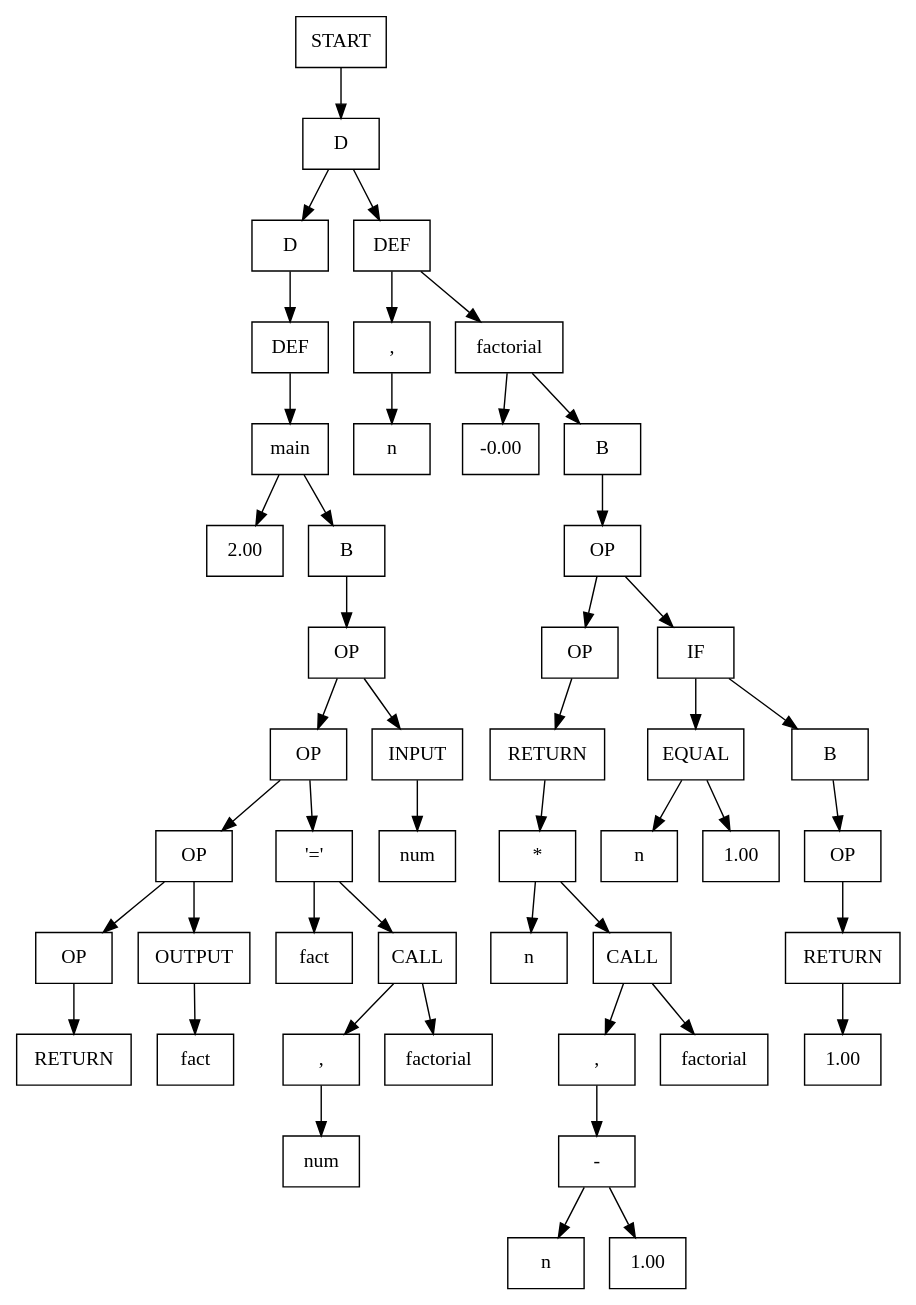
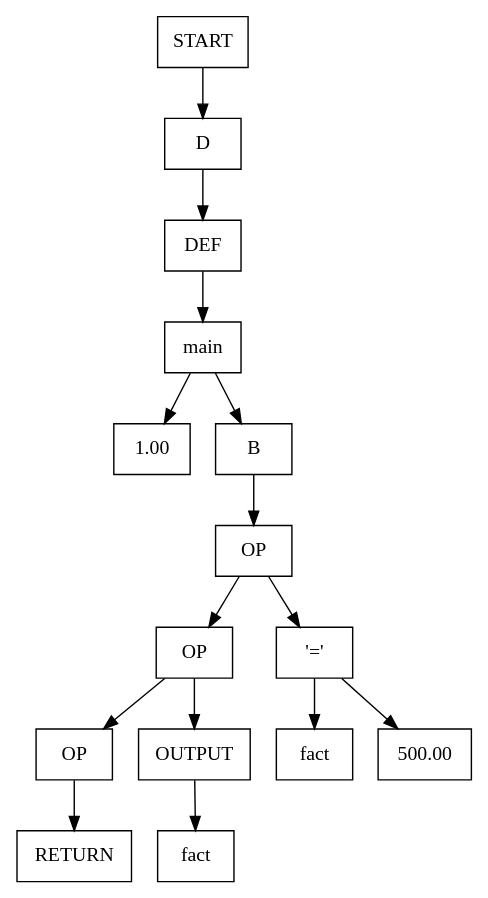
Before and after one commit to AnastasMIPT/Language: the diagram in resources/output.dot, drawn with Graphviz. The commit also changed 5 other files, not shown here.

```diff
--- a/resources/output.dot
+++ b/resources/output.dot
@@ -1,95 +1,31 @@
 digraph {
-node0x55b2674fdc50 [label="START", shape=box];
-node0x55b2674ff3a0 [label="D", shape=box];
-node0x55b2674fdc50 -> node0x55b2674ff3a0
-node0x55b2674ff8a0 [label="D", shape=box];
-node0x55b2674fdcc0 [label="DEF", shape=box];
-node0x55b2674ff3a0 -> node0x55b2674ff8a0
-node0x55b2674ff3a0 -> node0x55b2674fdcc0
-node0x55b2674ff410 [label=",", shape=box];
-node0x55b2674fdd30 [label="factorial", shape=box];
-node0x55b2674fdcc0 -> node0x55b2674ff410
-node0x55b2674fdcc0 -> node0x55b2674fdd30
-node0x55b2674ff870 [label="-0.00", shape=box];
-node0x55b2674ff480 [label="B", shape=box];
-node0x55b2674fdd30 -> node0x55b2674ff870
-node0x55b2674fdd30 -> node0x55b2674ff480
-node0x55b2674ff4f0 [label="OP", shape=box];
-node0x55b2674ff480 -> node0x55b2674ff4f0
-node0x55b2674ff640 [label="OP", shape=box];
-node0x55b2674fdfd0 [label="IF", shape=box];
-node0x55b2674ff4f0 -> node0x55b2674ff640
-node0x55b2674ff4f0 -> node0x55b2674fdfd0
-node0x55b2674fe120 [label="EQUAL", shape=box];
-node0x55b2674ff560 [label="B", shape=box];
-node0x55b2674fdfd0 -> node0x55b2674fe120
-node0x55b2674fdfd0 -> node0x55b2674ff560
-node0x55b2674ff5d0 [label="OP", shape=box];
-node0x55b2674ff560 -> node0x55b2674ff5d0
-node0x55b2674fe2a0 [label="RETURN", shape=box];
-node0x55b2674ff5d0 -> node0x55b2674fe2a0
-node0x55b2674fe310 [label="1.00", shape=box];
-node0x55b2674fe2a0 -> node0x55b2674fe310
-node0x55b2674fe0b0 [label="n", shape=box];
-node0x55b2674fe190 [label="1.00", shape=box];
-node0x55b2674fe120 -> node0x55b2674fe0b0
-node0x55b2674fe120 -> node0x55b2674fe190
-node0x55b2674fe420 [label="RETURN", shape=box];
-node0x55b2674ff640 -> node0x55b2674fe420
-node0x55b2674ff800 [label="*", shape=box];
-node0x55b2674fe420 -> node0x55b2674ff800
-node0x55b2674fe490 [label="n", shape=box];
-node0x55b2674ff6b0 [label="CALL", shape=box];
-node0x55b2674ff800 -> node0x55b2674fe490
-node0x55b2674ff800 -> node0x55b2674ff6b0
-node0x55b2674ff790 [label=",", shape=box];
-node0x55b2674fe570 [label="factorial", shape=box];
-node0x55b2674ff6b0 -> node0x55b2674ff790
-node0x55b2674ff6b0 -> node0x55b2674fe570
-node0x55b2674ff720 [label="-", shape=box];
-node0x55b2674ff790 -> node0x55b2674ff720
-node0x55b2674fe650 [label="n", shape=box];
-node0x55b2674fe730 [label="1.00", shape=box];
-node0x55b2674ff720 -> node0x55b2674fe650
-node0x55b2674ff720 -> node0x55b2674fe730
-node0x55b2674fde10 [label="n", shape=box];
-node0x55b2674ff410 -> node0x55b2674fde10
-node0x55b2674fe8b0 [label="DEF", shape=box];
-node0x55b2674ff8a0 -> node0x55b2674fe8b0
-node0x55b2674fe920 [label="main", shape=box];
-node0x55b2674fe8b0 -> node0x55b2674fe920
-node0x55b2674ffc20 [label="2.00", shape=box];
-node0x55b2674ff910 [label="B", shape=box];
-node0x55b2674fe920 -> node0x55b2674ffc20
-node0x55b2674fe920 -> node0x55b2674ff910
-node0x55b2674ff980 [label="OP", shape=box];
-node0x55b2674ff910 -> node0x55b2674ff980
-node0x55b2674ff9f0 [label="OP", shape=box];
-node0x55b2674feb50 [label="INPUT", shape=box];
-node0x55b2674ff980 -> node0x55b2674ff9f0
-node0x55b2674ff980 -> node0x55b2674feb50
-node0x55b2674fec30 [label="num", shape=box];
-node0x55b2674feb50 -> node0x55b2674fec30
-node0x55b2674ffb40 [label="OP", shape=box];
-node0x55b2674fed80 [label="'='", shape=box];
-node0x55b2674ff9f0 -> node0x55b2674ffb40
-node0x55b2674ff9f0 -> node0x55b2674fed80
-node0x55b2674fed10 [label="fact", shape=box];
-node0x55b2674ffa60 [label="CALL", shape=box];
-node0x55b2674fed80 -> node0x55b2674fed10
-node0x55b2674fed80 -> node0x55b2674ffa60
-node0x55b2674ffad0 [label=",", shape=box];
-node0x55b2674fedf0 [label="factorial", shape=box];
-node0x55b2674ffa60 -> node0x55b2674ffad0
-node0x55b2674ffa60 -> node0x55b2674fedf0
-node0x55b2674feed0 [label="num", shape=box];
-node0x55b2674ffad0 -> node0x55b2674feed0
-node0x55b2674ffbb0 [label="OP", shape=box];
-node0x55b2674ff020 [label="OUTPUT", shape=box];
-node0x55b2674ffb40 -> node0x55b2674ffbb0
-node0x55b2674ffb40 -> node0x55b2674ff020
-node0x55b2674ff100 [label="fact", shape=box];
-node0x55b2674ff020 -> node0x55b2674ff100
-node0x55b2674ff1e0 [label="RETURN", shape=box];
-node0x55b2674ffbb0 -> node0x55b2674ff1e0
+node0x564a9bd46c50 [label="START", shape=box];
+node0x564a9bd47460 [label="D", shape=box];
+node0x564a9bd46c50 -> node0x564a9bd47460
+node0x564a9bd46cc0 [label="DEF", shape=box];
+node0x564a9bd47460 -> node0x564a9bd46cc0
+node0x564a9bd46d30 [label="main", shape=box];
+node0x564a9bd46cc0 -> node0x564a9bd46d30
+node0x564a9bd47690 [label="1.00", shape=box];
+node0x564a9bd474d0 [label="B", shape=box];
+node0x564a9bd46d30 -> node0x564a9bd47690
+node0x564a9bd46d30 -> node0x564a9bd474d0
+node0x564a9bd47540 [label="OP", shape=box];
+node0x564a9bd474d0 -> node0x564a9bd47540
+node0x564a9bd475b0 [label="OP", shape=box];
+node0x564a9bd46fd0 [label="'='", shape=box];
+node0x564a9bd47540 -> node0x564a9bd475b0
+node0x564a9bd47540 -> node0x564a9bd46fd0
+node0x564a9bd46f60 [label="fact", shape=box];
+node0x564a9bd47040 [label="500.00", shape=box];
+node0x564a9bd46fd0 -> node0x564a9bd46f60
+node0x564a9bd46fd0 -> node0x564a9bd47040
+node0x564a9bd47620 [label="OP", shape=box];
+node0x564a9bd470e0 [label="OUTPUT", shape=box];
+node0x564a9bd475b0 -> node0x564a9bd47620
+node0x564a9bd475b0 -> node0x564a9bd470e0
+node0x564a9bd471c0 [label="fact", shape=box];
+node0x564a9bd470e0 -> node0x564a9bd471c0
+node0x564a9bd472a0 [label="RETURN", shape=box];
+node0x564a9bd47620 -> node0x564a9bd472a0
 }
```
